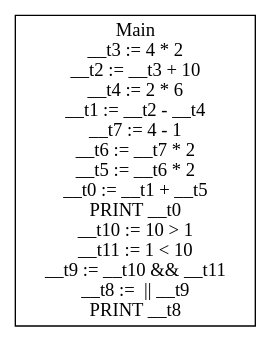
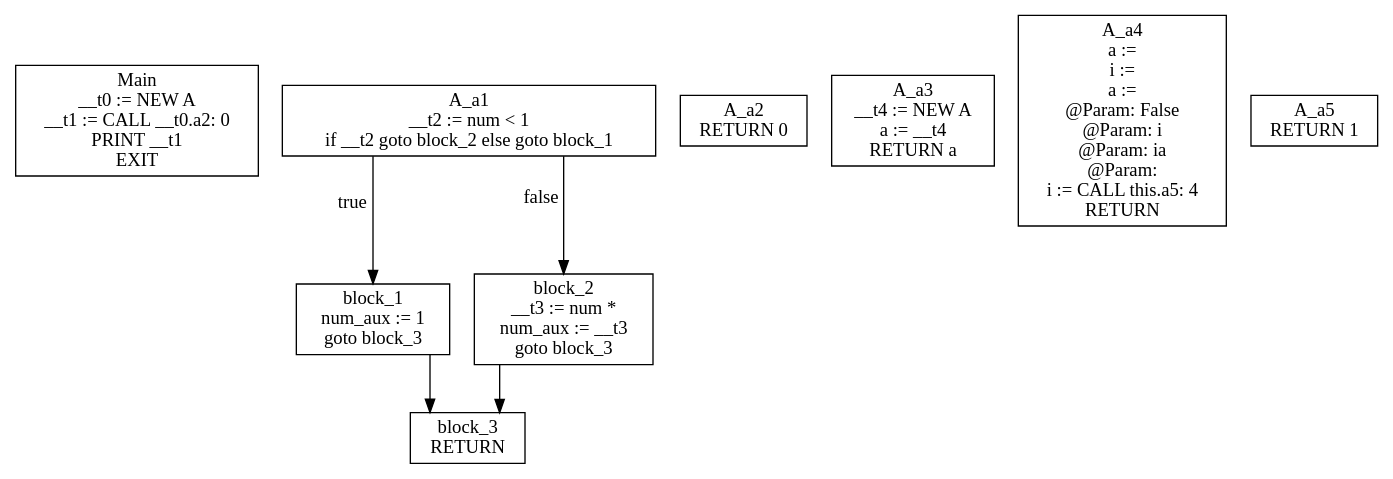
Before and after one commit to KarmaSora/Compiler: the diagram in gettingStarted/cfg.dot, drawn with Graphviz. The commit also changed 5 other files, not shown here.

```diff
--- a/gettingStarted/cfg.dot
+++ b/gettingStarted/cfg.dot
@@ -1,5 +1,17 @@
 digraph CFG {
 graph [splines=ortho];
 node [shape=box];
-Main [label="Main\n__t3 := 4 * 2\n__t2 := __t3 + 10\n__t4 := 2 * 6\n__t1 := __t2 - __t4\n__t7 := 4 - 1\n__t6 := __t7 * 2\n__t5 := __t6 * 2\n__t0 := __t1 + __t5\nPRINT __t0\n__t10 := 10 > 1\n__t11 := 1 < 10\n__t9 := __t10 && __t11\n__t8 :=  || __t9\nPRINT __t8\n"];
+Main [label="Main\n__t0 := NEW A\n__t1 := CALL __t0.a2: 0\nPRINT __t1\nEXIT\n"];
+A_a1 -> block_1 [xlabel="true"];
+A_a1 -> block_2 [xlabel="false"];
+A_a1 [label="A_a1\n__t2 := num < 1\nif __t2 goto block_2 else goto block_1\n"];
+block_1 -> block_3;
+block_1 [label="block_1\nnum_aux := 1\ngoto block_3\n"];
+block_2 -> block_3;
+block_2 [label="block_2\n__t3 := num * \nnum_aux := __t3\ngoto block_3\n"];
+block_3 [label="block_3\nRETURN \n"];
+A_a2 [label="A_a2\nRETURN 0\n"];
+A_a3 [label="A_a3\n__t4 := NEW A\na := __t4\nRETURN a\n"];
+A_a4 [label="A_a4\na := \ni := \na := \n @Param: False\n @Param: i\n @Param: ia\n @Param: \ni := CALL this.a5: 4\nRETURN \n"];
+A_a5 [label="A_a5\nRETURN 1\n"];
 }
```
